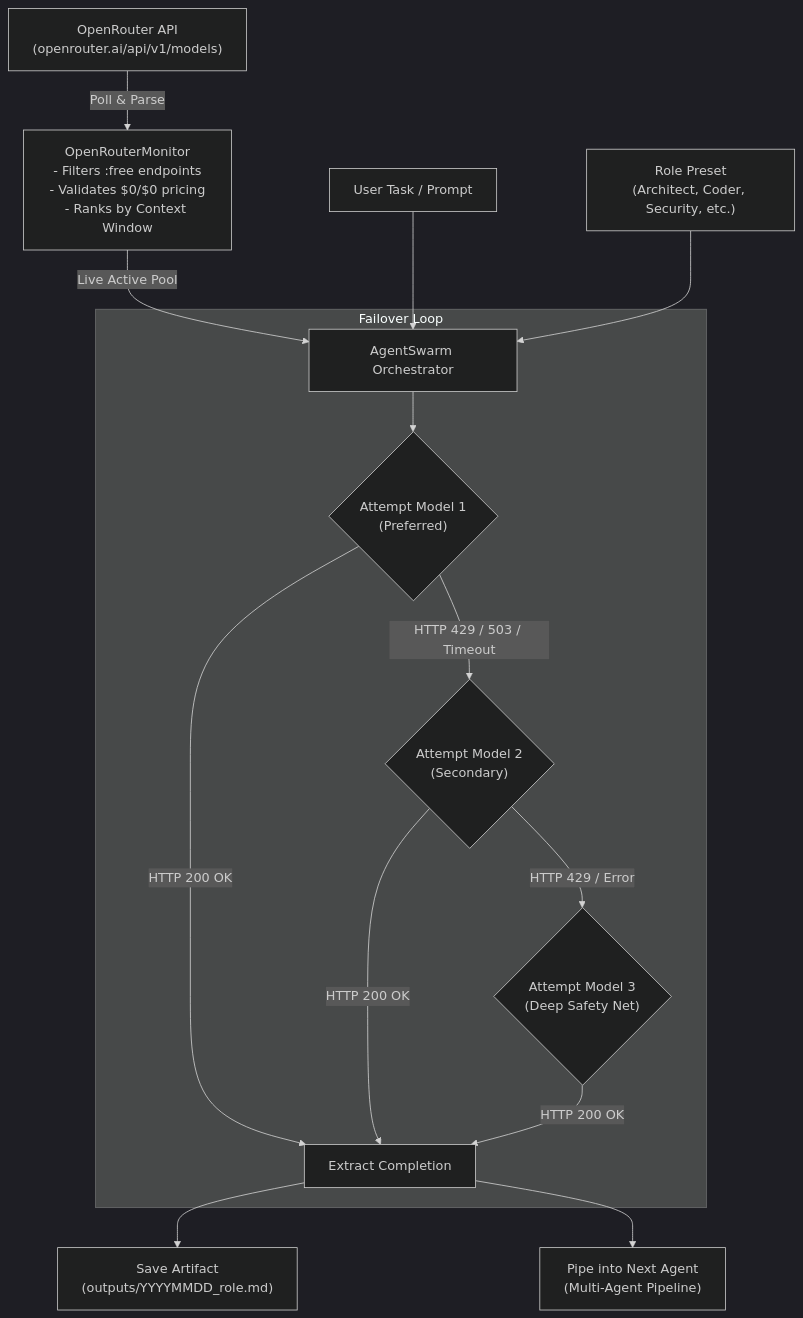
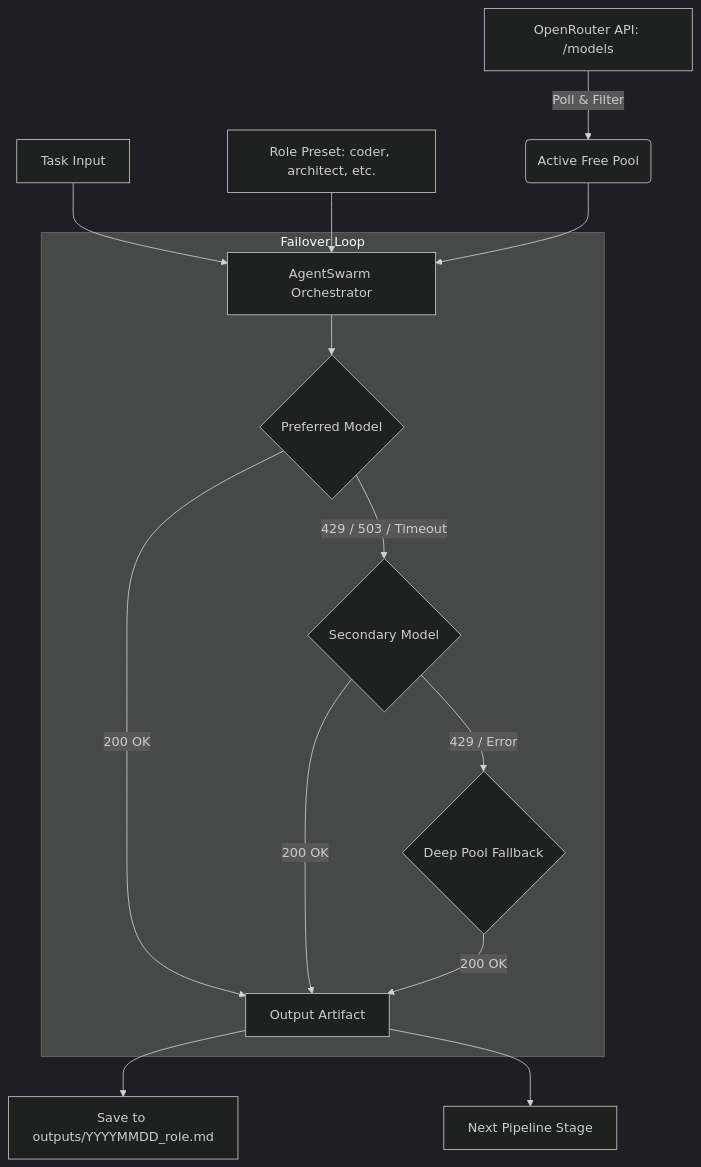
The diagram in README.md (Djoystick/openrouter-free-agents), drawn with Mermaid (dark theme) before and after one commit. The commit also changed other lines of this file, not shown here.

````diff
--- a/README.md
+++ b/README.md
@@ -59,21 +24,20 @@
 ```mermaid
 flowchart TD
-    A["OpenRouter API\n(openrouter.ai/api/v1/models)"] -->|Poll & Parse| B["OpenRouterMonitor\n- Filters :free endpoints\n- Validates $0/$0 pricing\n- Ranks by Context Window"]
+    A[OpenRouter API: /models] -->|Poll & Filter| B(Active Free Pool)
     
-    B -->|Live Active Pool| C["AgentSwarm Orchestrator"]
-    
-    UserPrompt["User Task / Prompt"] --> C
-    RoleSelector["Role Preset\n(Architect, Coder, Security, etc.)"] --> C
+    Task[Task Input] --> Swarm[AgentSwarm Orchestrator]
+    Role[Role Preset: coder, architect, etc.] --> Swarm
+    B --> Swarm
     
     subgraph Failover Loop
-        C --> D{"Attempt Model 1\n(Preferred)"}
-        D -->|HTTP 200 OK| G["Extract Completion"]
-        D -->|HTTP 429 / 503 / Timeout| E{"Attempt Model 2\n(Secondary)"}
-        E -->|HTTP 200 OK| G
-        E -->|HTTP 429 / Error| F{"Attempt Model 3\n(Deep Safety Net)"}
-        F -->|HTTP 200 OK| G
+        Swarm --> M1{Preferred Model}
+        M1 -->|200 OK| Out[Output Artifact]
+        M1 -->|429 / 503 / Timeout| M2{Secondary Model}
+        M2 -->|200 OK| Out
+        M2 -->|429 / Error| M3{Deep Pool Fallback}
+        M3 -->|200 OK| Out
     end
     
-    G --> H["Save Artifact\n(outputs/YYYYMMDD_role.md)"]
-    G --> I["Pipe into Next Agent\n(Multi-Agent Pipeline)"]
+    Out --> Save[Save to outputs/YYYYMMDD_role.md]
+    Out --> Pipe[Next Pipeline Stage]
 ```
````
